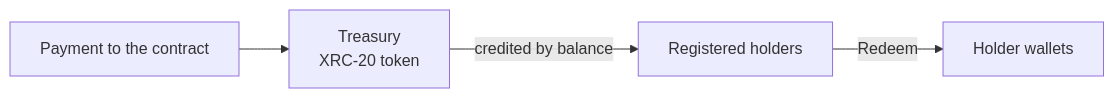
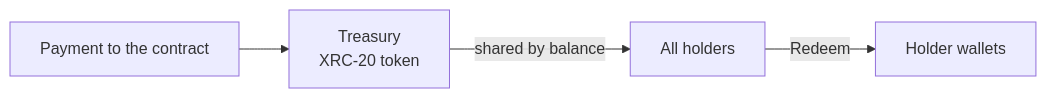
Before and after one commit to CoinClubQuincy/XRCDividendPlus: the diagram in README.md, drawn with Mermaid. The commit also changed other lines of this file and 364 other files, not shown here.

First line of the commit message:
Pay dividends to all holders through an accumulator

````diff
--- a/README.md
+++ b/README.md
@@ -21,6 +21,6 @@
 ```mermaid
 flowchart LR
     P[Payment to the contract] --> T[Treasury<br/>XRC-20 token]
-    T -->|credited by balance| R[Registered holders]
+    T -->|shared by balance| R[All holders]
     R -->|Redeem| W[Holder wallets]
 ```
````
